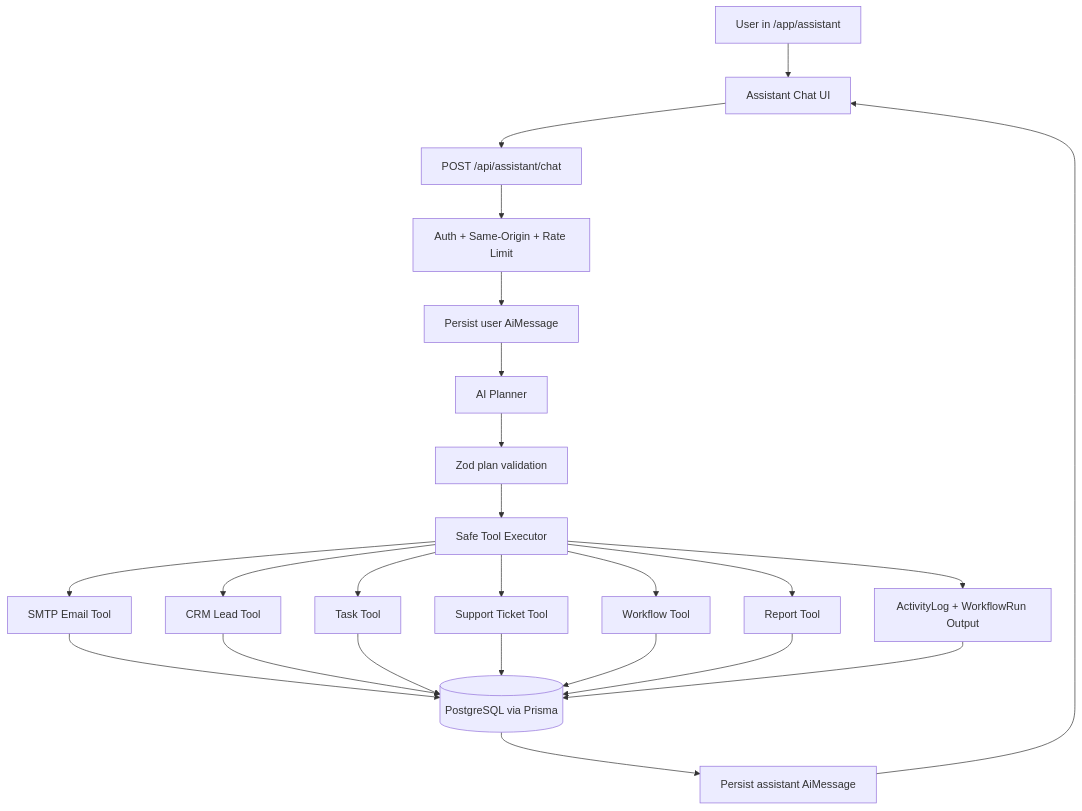
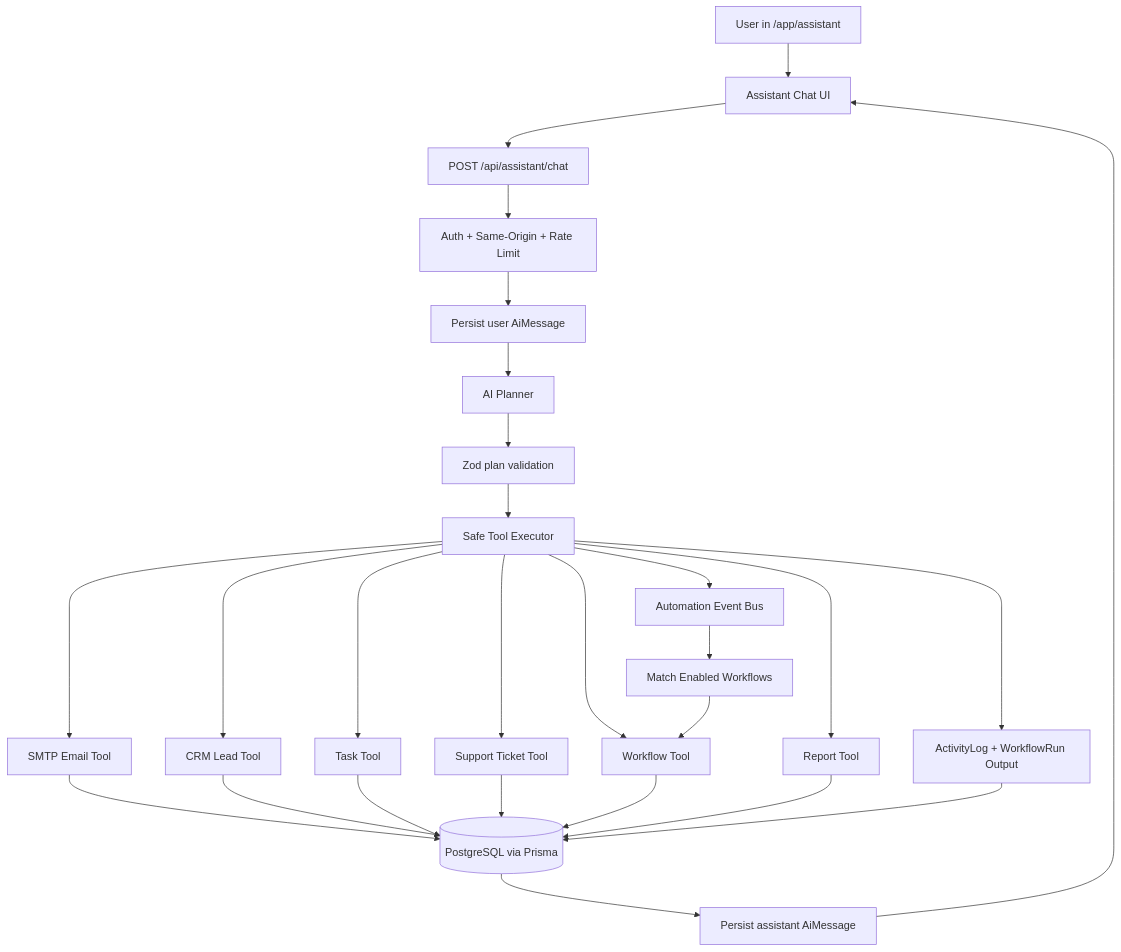
The first of 8 diagrams in docs/AI_AGENT_SYSTEM.md (asefahmed500/OPSPILOT), drawn with Mermaid before and after one commit. The commit also changed other lines of this file and 8 other files, not shown here.

Commit message:
Add event-driven automation layer

````diff
--- a/docs/AI_AGENT_SYSTEM.md
+++ b/docs/AI_AGENT_SYSTEM.md
@@ -49,26 +52,29 @@
 ```mermaid
 flowchart TD
   U[User in /app/assistant] --> UI[Assistant Chat UI]
   UI --> API[POST /api/assistant/chat]
   API --> AUTH[Auth + Same-Origin + Rate Limit]
   AUTH --> STORE1[Persist user AiMessage]
   STORE1 --> PLAN[AI Planner]
   PLAN --> VALIDATE[Zod plan validation]
   VALIDATE --> EXEC[Safe Tool Executor]
   EXEC --> EMAIL[SMTP Email Tool]
   EXEC --> CRM[CRM Lead Tool]
   EXEC --> TASK[Task Tool]
   EXEC --> SUPPORT[Support Ticket Tool]
   EXEC --> WF[Workflow Tool]
   EXEC --> REPORT[Report Tool]
   EMAIL --> DB[(PostgreSQL via Prisma)]
   CRM --> DB
   TASK --> DB
   SUPPORT --> DB
   WF --> DB
   REPORT --> DB
   EXEC --> AUDIT[ActivityLog + WorkflowRun Output]
+  EXEC --> EVENTS[Automation Event Bus]
+  EVENTS --> MATCH[Match Enabled Workflows]
+  MATCH --> WF
   AUDIT --> DB
   DB --> STORE2[Persist assistant AiMessage]
   STORE2 --> UI
 ```
````
